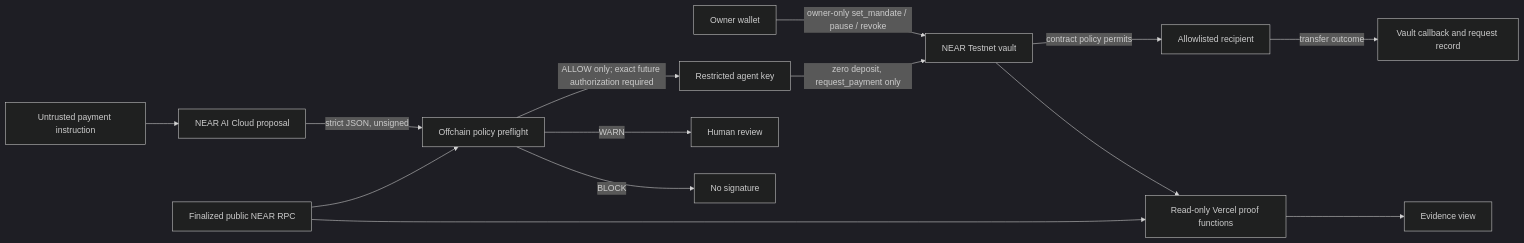
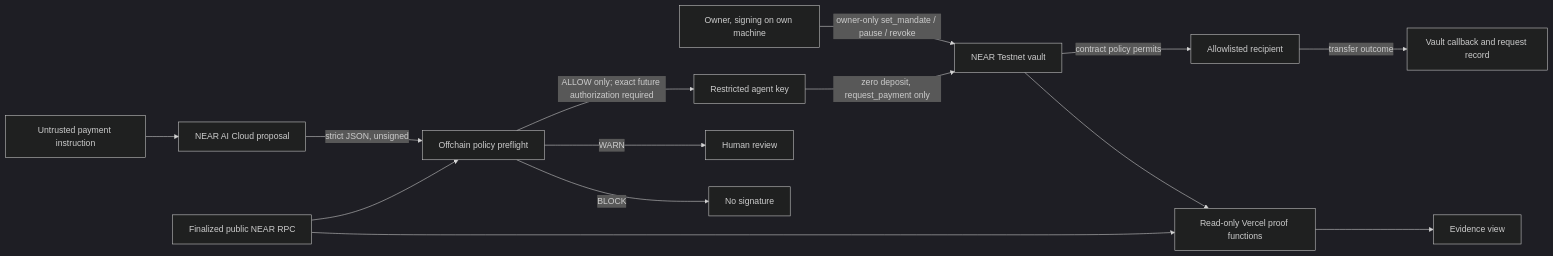
The diagram in docs/ARCHITECTURE_AND_EVIDENCE.md (0xNexuz/agentshield), drawn with Mermaid (dark theme) before and after one commit. The commit also changed other lines of this file and 22 other files, not shown here.

````diff
--- a/docs/ARCHITECTURE_AND_EVIDENCE.md
+++ b/docs/ARCHITECTURE_AND_EVIDENCE.md
@@ -5,16 +5,16 @@
 ```mermaid
 flowchart LR
-  Human[Owner wallet] -->|owner-only set_mandate / pause / revoke| Vault[NEAR Testnet vault]
+  Human[Owner, signing on own machine] -->|owner-only set_mandate / pause / revoke| Vault[NEAR Testnet vault]
   Instruction[Untrusted payment instruction] --> Model[NEAR AI Cloud proposal]
   Model -->|strict JSON, unsigned| Preflight[Offchain policy preflight]
   RPC[Finalized public NEAR RPC] --> Preflight
   Preflight -->|ALLOW only; exact future authorization required| Agent[Restricted agent key]
   Preflight -->|WARN| HumanApproval[Human review]
   Preflight -->|BLOCK| Stop[No signature]
   Agent -->|zero deposit, request_payment only| Vault
   Vault -->|contract policy permits| Recipient[Allowlisted recipient]
   Recipient -->|transfer outcome| Callback[Vault callback and request record]
   Vault --> Proof[Read-only Vercel proof functions]
   RPC --> Proof
   Proof --> Browser[Evidence view]
 ```
````
